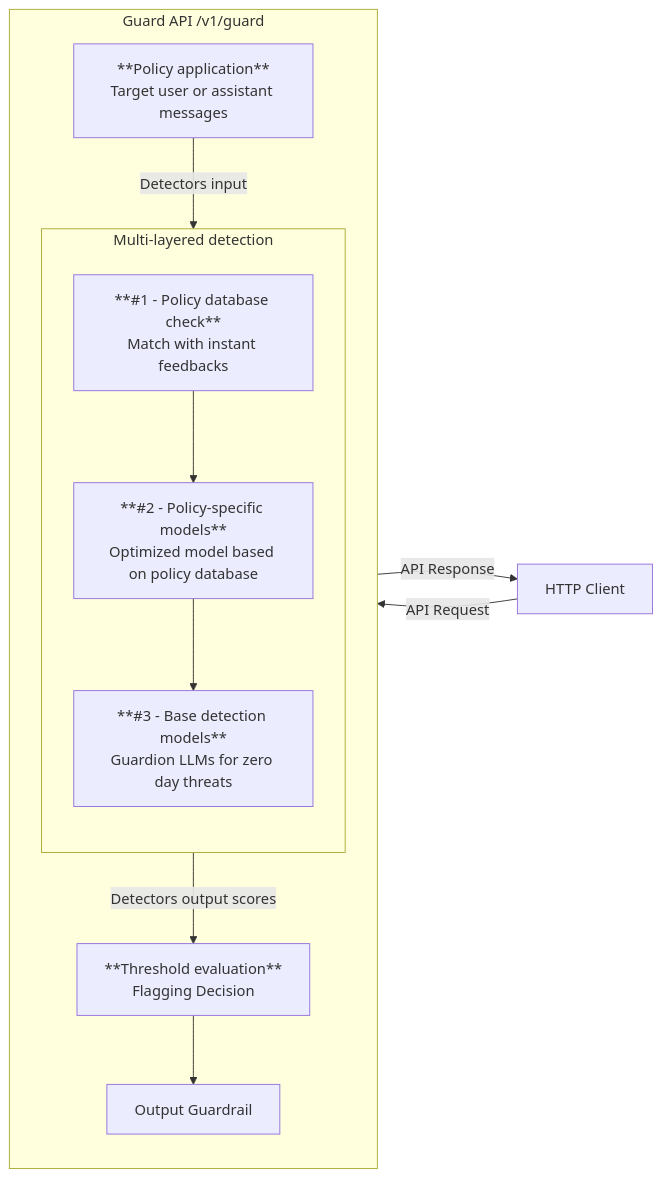
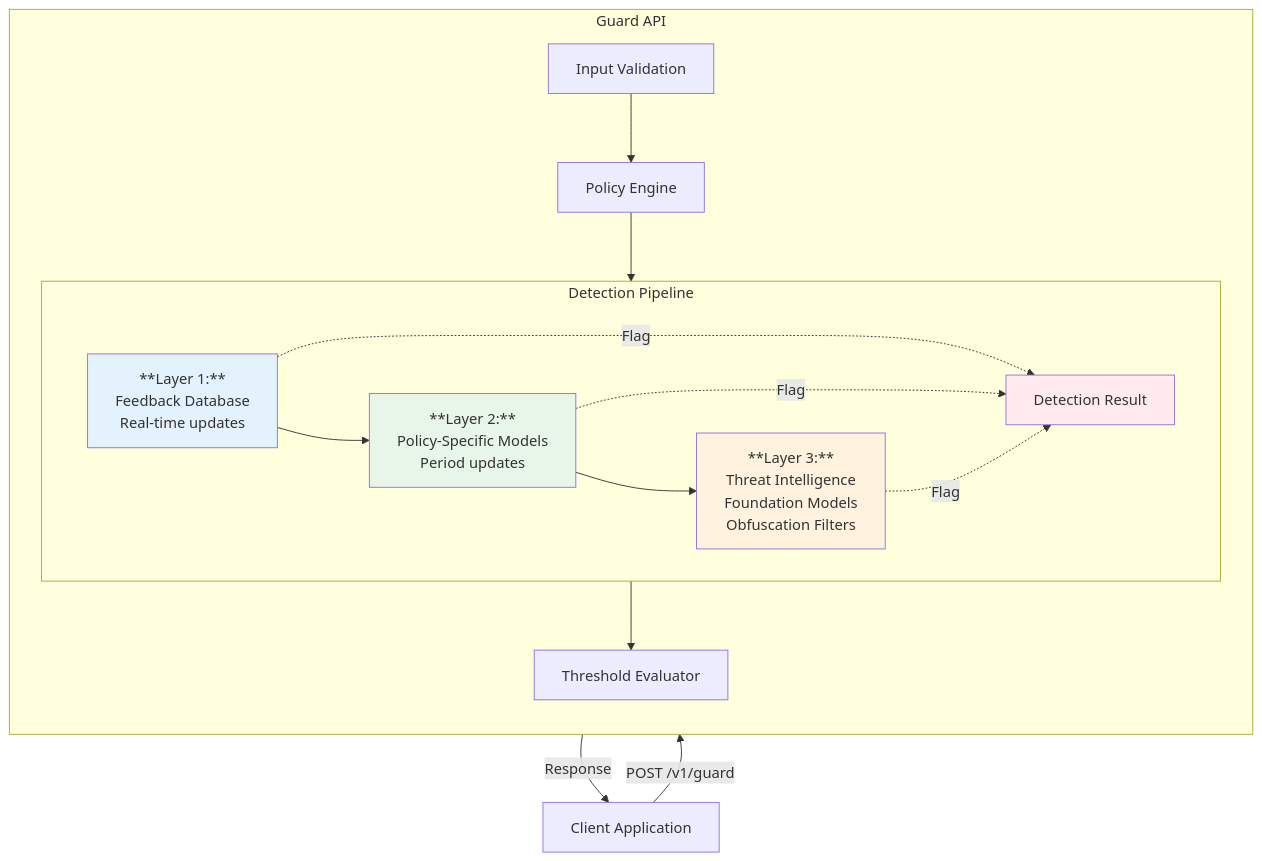
One commit to GuardionAI/docs changed the diagram in platform/feedbacks.mdx. Above: the diagram before and after it, drawn with Mermaid. The commit also changed other lines of this file, not shown here.

Commit message:
Update mermaid diagram

````diff
--- a/platform/feedbacks.mdx
+++ b/platform/feedbacks.mdx
@@ -79,23 +79,42 @@
 ```mermaid
-  flowchart LR
-    User -->|API Request| ValidateInput[Apply Guardrail Policies]
-    OutputGuard -->|API Response| User[HTTP Client]
-
-    ValidateInput -->|Detectors input| Database
-
-
-    subgraph FeedbackSystem[Multi-layered detection]
+flowchart TB
+    Client[Client Application]
+    
+    Client -->|POST /v1/guard| API[Guard API]
+    
+    subgraph API[Guard API]
         direction TB
-        Database[**#1 - Policy database check**\nMatch with instant feedbacks]
-        Database --> Custom
-        Custom[**#2 - Policy-specific models**\nOptimized model based on policy database]
-        Custom --> AI[**#3 - Base detection models**\nGuardion LLMs for zero day threats] 
-    end
-
-    subgraph GuardAPI[Guard API /v1/guard]
-        direction TB
-        ValidateInput[**Policy application**\nTarget user or assistant messages]
-        FeedbackSystem -->|Detectors output scores| ValidateOutput[**Threshold evaluation**\nFlagging Decision] --> OutputGuard[Output Guardrail]
+        
+        Input[Input Validation]
+        Policy[Policy Engine]
+        Detection[Detection Pipeline]
+        Eval[Threshold Evaluator]
+        
+        Input --> Policy
+        Policy --> Detection
+        Detection --> Eval
     end
     
+    subgraph Detection[Detection Pipeline]
+        direction LR
+        
+        L1[**Layer 1:**<br/>Feedback Database<br/>Real-time updates]
+        L2[**Layer 2:**<br/>Policy-Specific Models<br/>Period updates]
+        L3[**Layer 3:**<br/>Threat Intelligence<br/>Foundation Models<br/>Obfuscation Filters<br/>]
+        
+        L1 --> L2
+        L2 --> L3
+        
+        L1 -.->|Flag| Result[Detection Result]
+        L2 -.->|Flag| Result
+        L3 -.->|Flag| Result
+    end
+    
+    Eval -->|Response| Client
+    
+    style L1 fill:#e3f2fd
+    style L2 fill:#e8f5e9
+    style L3 fill:#fff3e0
+    style Result fill:#ffebee
+    
 ```
````
